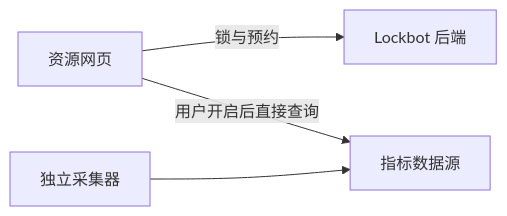
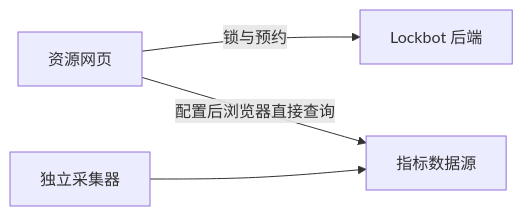
One commit to dynamicheart/lockbot changed the diagram in docs/design/utilization-plugin.md. Above: the diagram before and after it, drawn with Mermaid. The commit also changed other lines of this file and 1 other file, not shown here.

````diff
--- a/docs/design/utilization-plugin.md
+++ b/docs/design/utilization-plugin.md
@@ -11,6 +11,6 @@
 ```mermaid
 flowchart LR
   Page[资源网页] -->|锁与预约| Lockbot[Lockbot 后端]
-  Page -->|用户开启后直接查询| Provider[指标数据源]
+  Page -->|配置后浏览器直接查询| Provider[指标数据源]
   Collector[独立采集器] --> Provider
 ```
````
